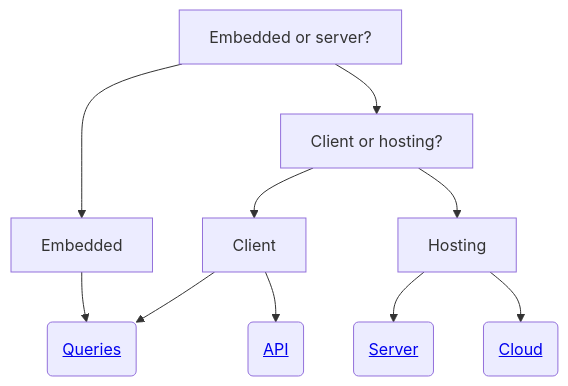
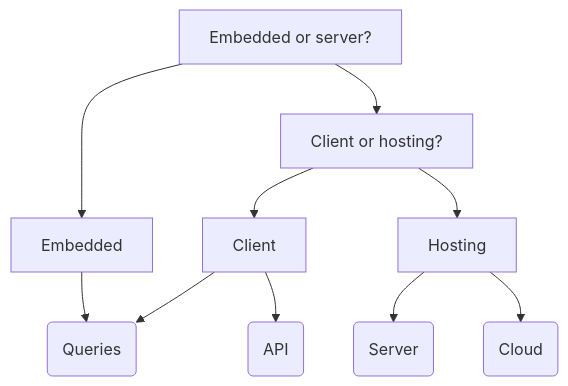
One commit to agnesoft/agdb changed the diagram in README.md. Above: the diagram before and after it, drawn with Mermaid.

````diff
--- a/README.md
+++ b/README.md
@@ -166,13 +166,12 @@
 ```mermaid
 graph TD;
     A[Embedded or server?] --> B
     A --> C
-    B[Embedded] --> E(<a href="https://github.com/agnesoft/agdb/blob/main/docs/db/queries.md">Queries</a>)
+    B[Embedded] --> E(Queries)
     C[Client or hosting?] --> F
     C --> G
-    F[Client] --> J(<a href="https://github.com/agnesoft/agdb/blob/main/docs/api.md">API</a>)
+    F[Client] --> J(API)
     F --> E
-    G[Hosting] --> H(<a href="https://github.com/agnesoft/agdb/blob/main/docs/server.md">Server</a>)
-    G --> I(<a href="https://github.com/agnesoft/agdb/blob/main/docs/cloud.md">Cloud</a>)
-  
+    G[Hosting] --> H(Server)
+    G --> I(Cloud)
 ```
````
